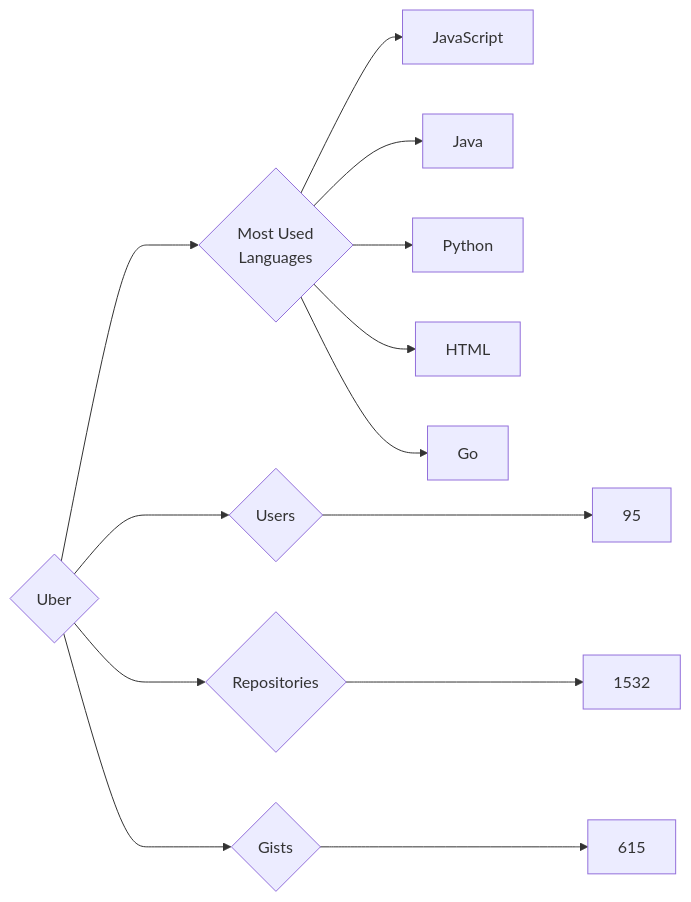
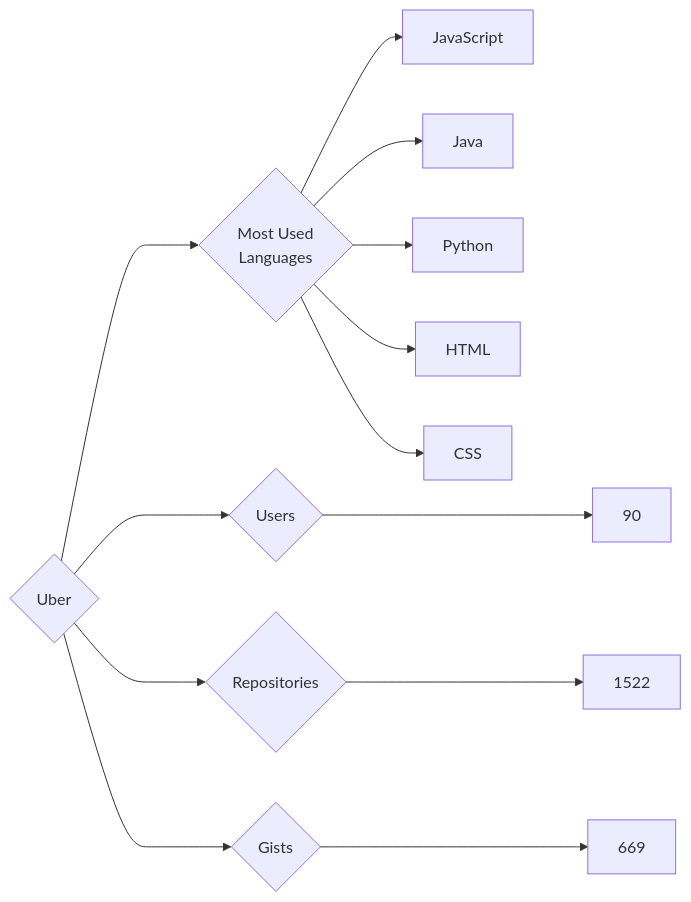
The diagram in targets/Uber/README.md (trickest/insiders), drawn with Mermaid before and after one commit. The commit also changed 877 other files, not shown here.

````diff
--- a/targets/Uber/README.md
+++ b/targets/Uber/README.md
@@ -3,13 +3,13 @@
 ```mermaid
 graph LR
 COMPANY_NAME{Uber}
-COMPANY_NAME ---> U{Users} ---> UN[95]
-COMPANY_NAME ---> R{Repositories} ---> RN[1532]
-COMPANY_NAME ---> G{Gists} ---> GN[615]
+COMPANY_NAME ---> U{Users} ---> UN[90]
+COMPANY_NAME ---> R{Repositories} ---> RN[1522]
+COMPANY_NAME ---> G{Gists} ---> GN[669]
 COMPANY_NAME ---> ML{Most Used<br>Languages}
 ML --> JavaScript[JavaScript]
 ML --> Java[Java]
 ML --> Python[Python]
 ML --> HTML[HTML]
-ML --> Go[Go]
+ML --> CSS[CSS]
 ```
````
